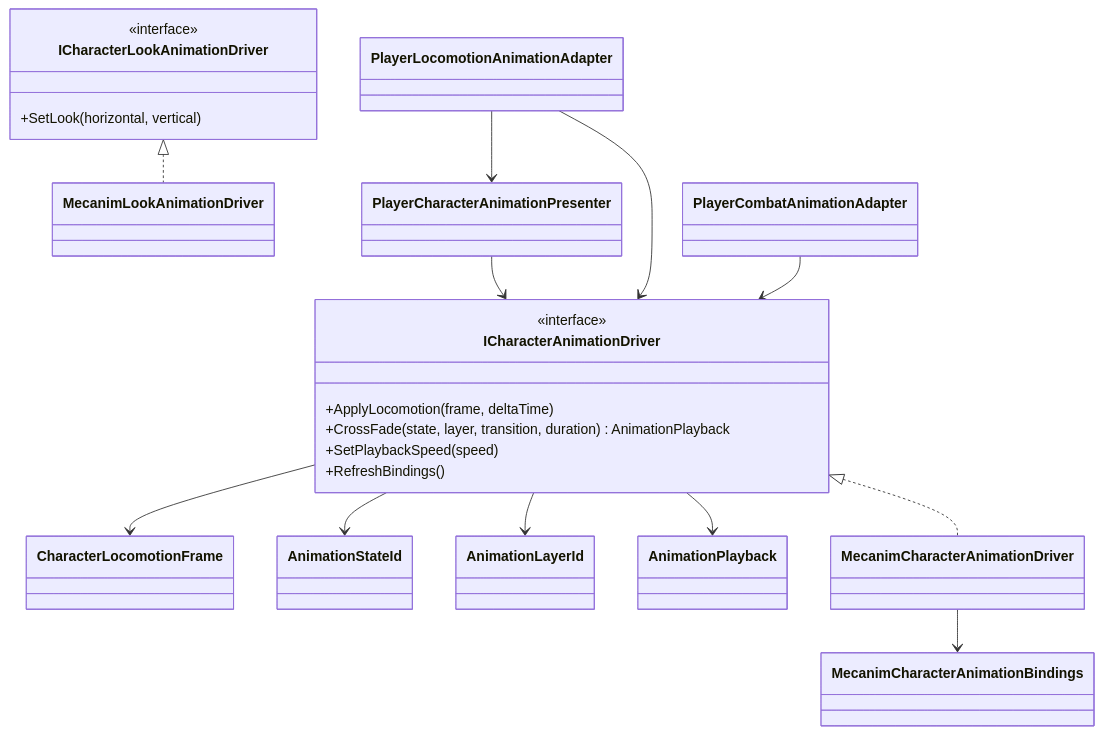
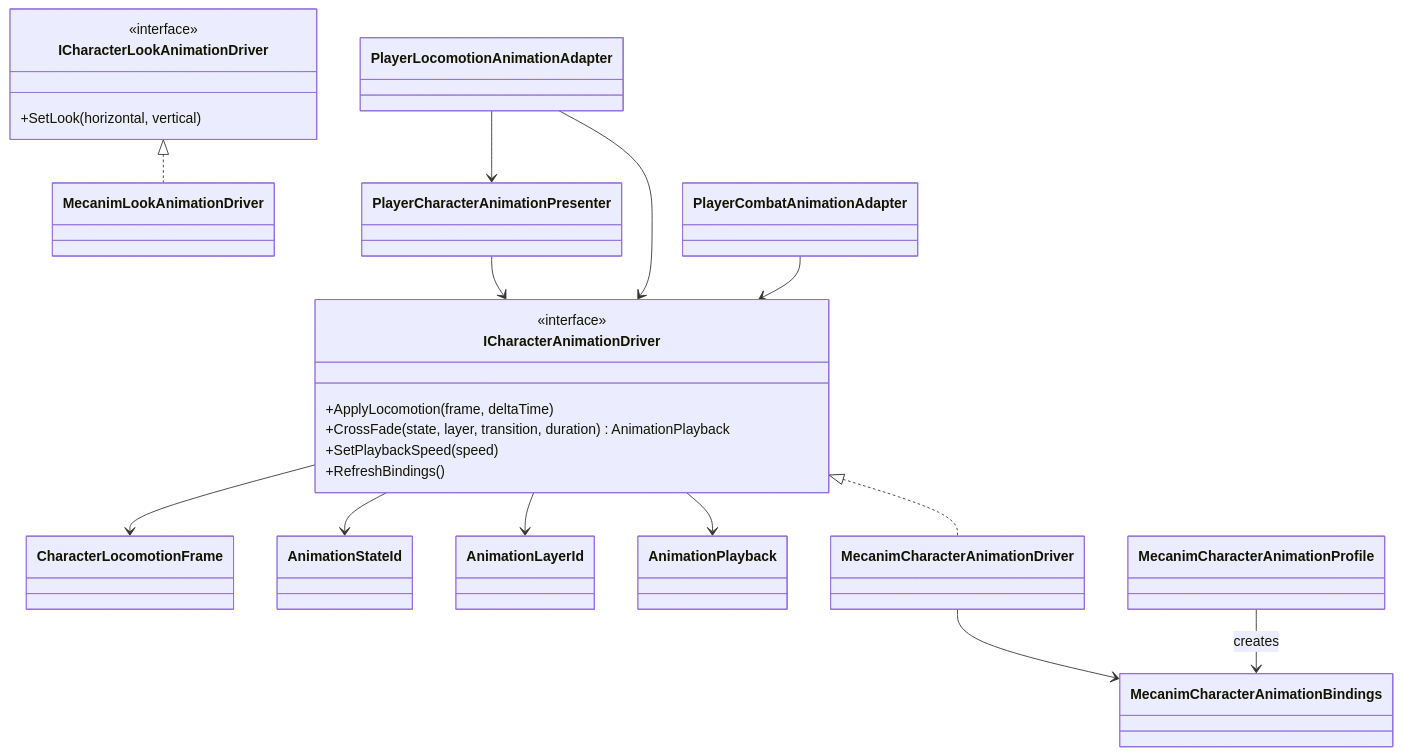
The diagram in Assets/_App/Modules/Animation/README.md (MaximFonariuc/project-s), drawn with Mermaid before and after one commit. The commit also changed other lines of this file and 12535 other files, not shown here.

Commit message:
refactor core architecture and clean project assets

````diff
--- a/Assets/_App/Modules/Animation/README.md
+++ b/Assets/_App/Modules/Animation/README.md
@@ -9,38 +9,40 @@
 ```mermaid
 classDiagram
     class ICharacterAnimationDriver {
         <<interface>>
         +ApplyLocomotion(frame, deltaTime)
         +CrossFade(state, layer, transition, duration) AnimationPlayback
         +SetPlaybackSpeed(speed)
         +RefreshBindings()
     }
 
     class ICharacterLookAnimationDriver {
         <<interface>>
         +SetLook(horizontal, vertical)
     }
 
     class CharacterLocomotionFrame
     class AnimationStateId
     class AnimationLayerId
     class AnimationPlayback
     class MecanimCharacterAnimationBindings
+    class MecanimCharacterAnimationProfile
     class MecanimCharacterAnimationDriver
     class MecanimLookAnimationDriver
     class PlayerCharacterAnimationPresenter
     class PlayerLocomotionAnimationAdapter
     class PlayerCombatAnimationAdapter
 
     ICharacterAnimationDriver <|.. MecanimCharacterAnimationDriver
     ICharacterLookAnimationDriver <|.. MecanimLookAnimationDriver
     MecanimCharacterAnimationDriver --> MecanimCharacterAnimationBindings
+    MecanimCharacterAnimationProfile --> MecanimCharacterAnimationBindings : creates
     ICharacterAnimationDriver --> CharacterLocomotionFrame
     ICharacterAnimationDriver --> AnimationStateId
     ICharacterAnimationDriver --> AnimationLayerId
     ICharacterAnimationDriver --> AnimationPlayback
     PlayerCharacterAnimationPresenter --> ICharacterAnimationDriver
     PlayerLocomotionAnimationAdapter --> ICharacterAnimationDriver
     PlayerLocomotionAnimationAdapter --> PlayerCharacterAnimationPresenter
     PlayerCombatAnimationAdapter --> ICharacterAnimationDriver
 ```
````
